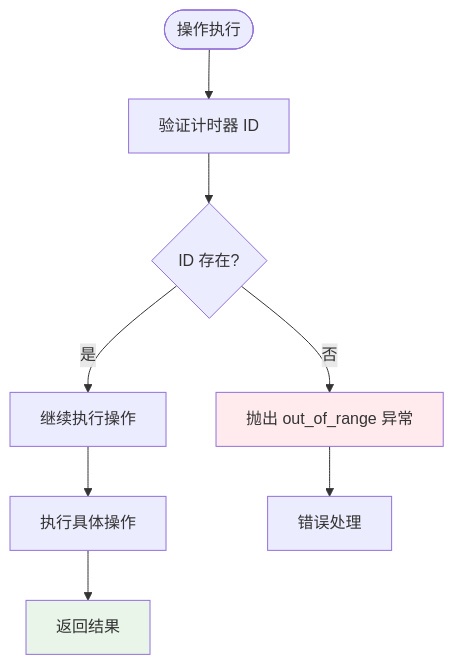
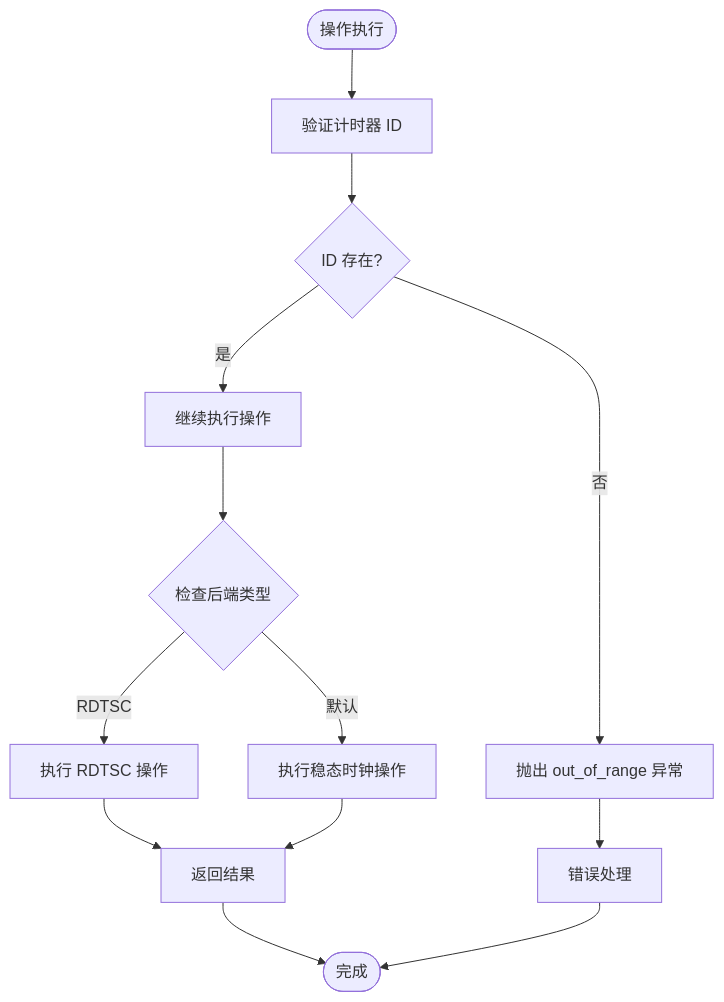
One commit to xuetianhao98/chronometer changed the ninth of 20 diagrams in .qoder/repowiki/zh/content/实现细节/实现细节.md. Above: the diagram before and after it, drawn with Mermaid. The commit also changed other lines of this file and 12 other files, not shown here.

````diff
--- a/.qoder/repowiki/zh/content/实现细节/实现细节.md
+++ b/.qoder/repowiki/zh/content/实现细节/实现细节.md
@@ -339,12 +374,15 @@
 ```mermaid
 flowchart TD
 Operation([操作执行]) --> ValidateId["验证计时器 ID"]
 ValidateId --> IdExists{"ID 存在?"}
 IdExists --> |是| Proceed["继续执行操作"]
 IdExists --> |否| ThrowException["抛出 out_of_range 异常"]
-Proceed --> PerformOp["执行具体操作"]
-PerformOp --> Success["返回结果"]
+Proceed --> CheckBackend{"检查后端类型"}
+CheckBackend --> |RDTSC| RdtscOp["执行 RDTSC 操作"]
+CheckBackend --> |默认| SteadyOp["执行稳态时钟操作"]
+RdtscOp --> Success["返回结果"]
+SteadyOp --> Success
 ThrowException --> Error["错误处理"]
-style ThrowException fill:#ffebee
-style Success fill:#e8f5e8
+Success --> End([完成])
+Error --> End
 ```
````
